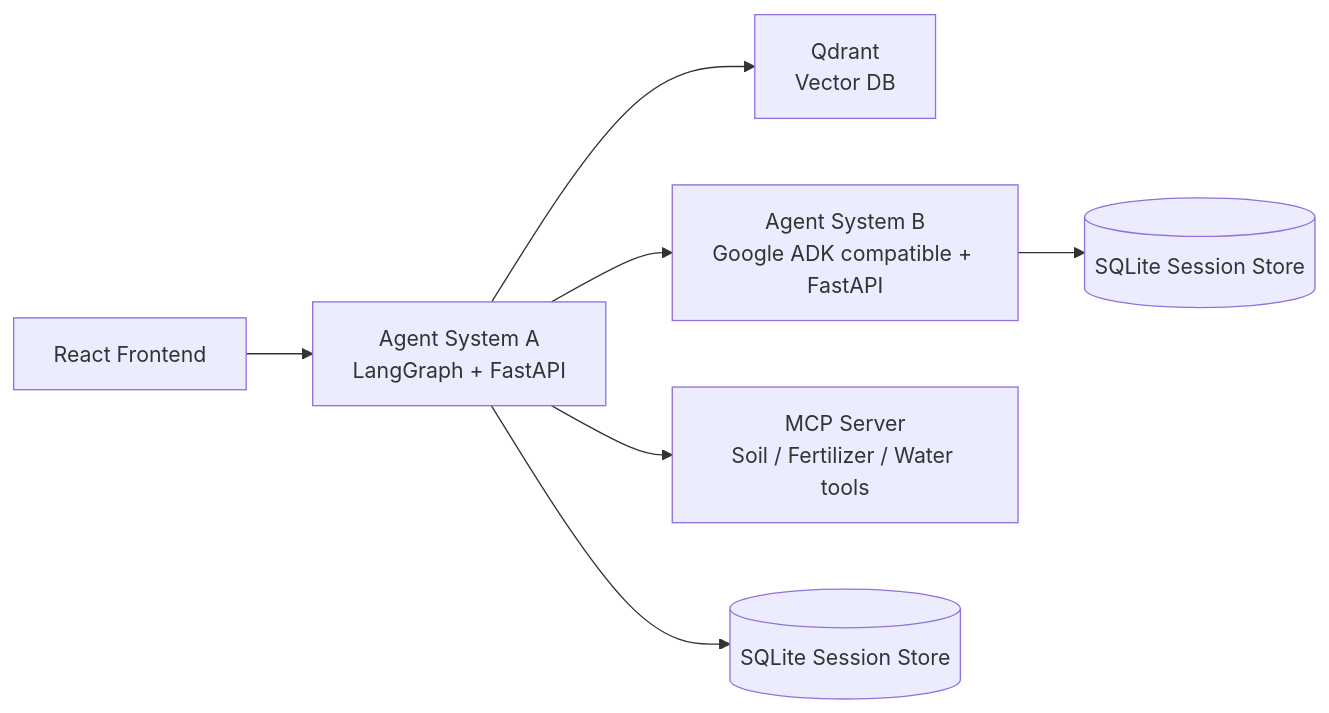
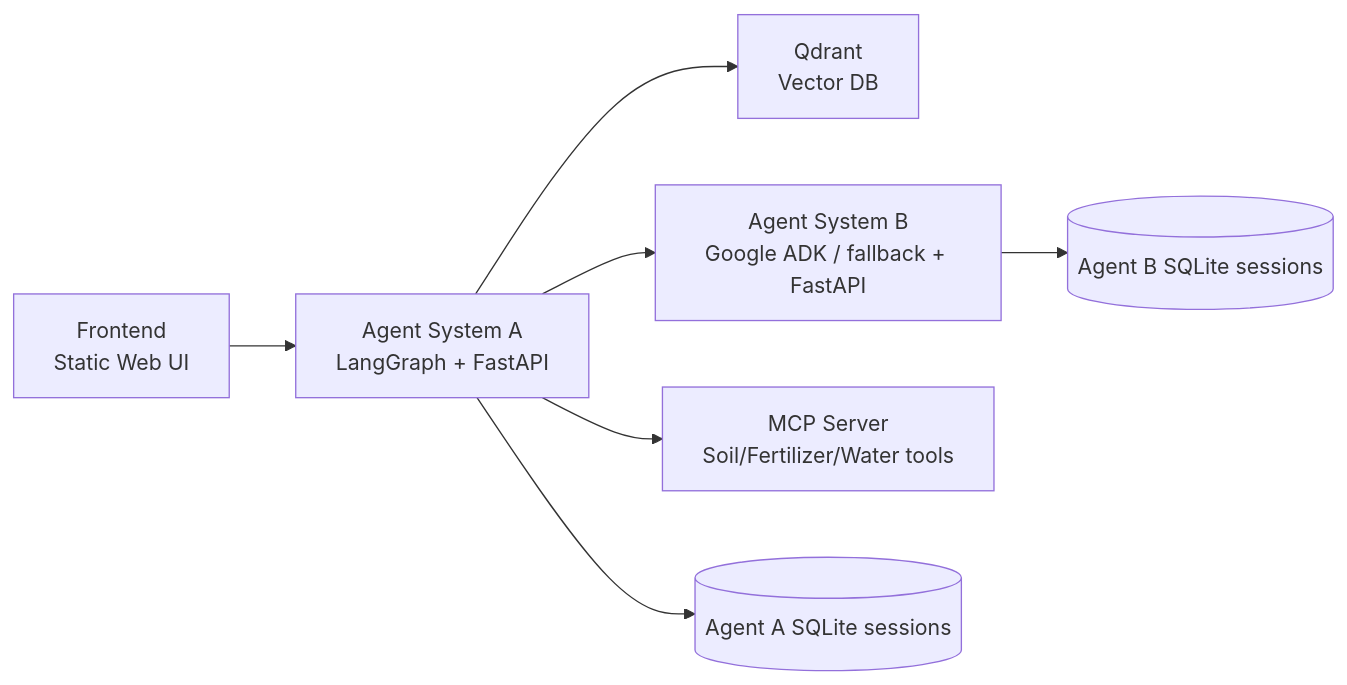
The diagram in README.md (Joud158/smart-agri-copilot), drawn with Mermaid before and after one commit. The commit also changed other lines of this file and 162 other files, not shown here.

````diff
--- a/README.md
+++ b/README.md
@@ -19,9 +28,14 @@
 ```mermaid
 flowchart LR
-    UI[React Frontend] --> A[Agent System A\nLangGraph + FastAPI]
-    A --> Q[Qdrant\nVector DB]
-    A --> B[Agent System B\nGoogle ADK compatible + FastAPI]
-    A --> M[MCP Server\nSoil / Fertilizer / Water tools]
-    A --> S[(SQLite Session Store)]
-    B --> SB[(SQLite Session Store)]
+    UI[Frontend
+Static Web UI] --> A[Agent System A
+LangGraph + FastAPI]
+    A --> Q[Qdrant
+Vector DB]
+    A --> B[Agent System B
+Google ADK / fallback + FastAPI]
+    A --> M[MCP Server
+Soil/Fertilizer/Water tools]
+    B --> S1[(Agent B SQLite sessions)]
+    A --> S2[(Agent A SQLite sessions)]
 ```
````
